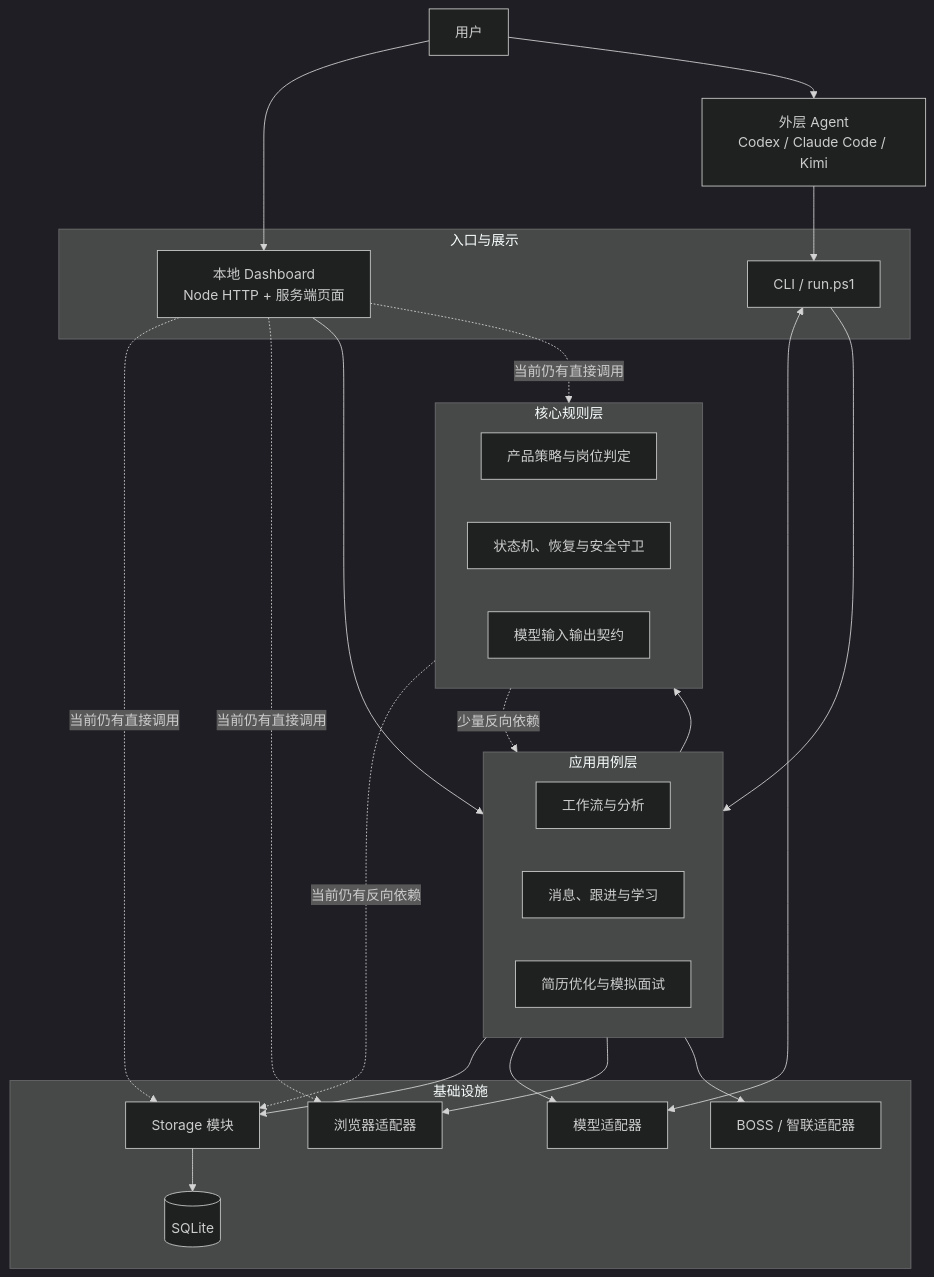
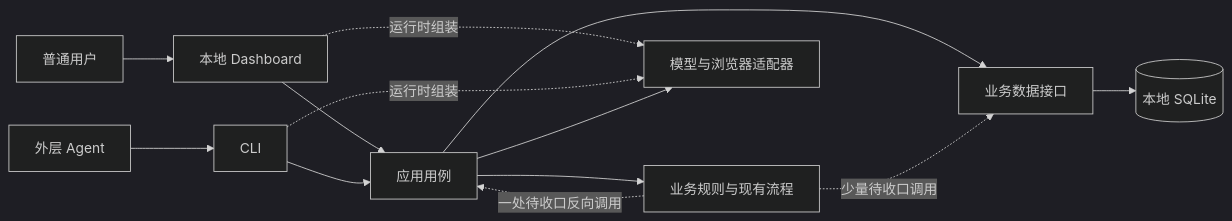
One commit to daydreamer0213/OfferGo changed the diagram in docs/architecture.md. Above: the diagram before and after it, drawn with Mermaid (dark theme). The commit also changed other lines of this file and 2 other files, not shown here.

Commit message:
docs: refresh architecture baseline and scope boundary plan

````diff
--- a/docs/architecture.md
+++ b/docs/architecture.md
@@ -40,49 +9,15 @@
 ```mermaid
-flowchart TB
-    U[用户]
-    A[外层 Agent<br/>Codex / Claude Code / Kimi]
-
-    subgraph Entry[入口与展示]
-      D[本地 Dashboard<br/>Node HTTP + 服务端页面]
-      C[CLI / run.ps1]
-    end
-
-    subgraph App[应用用例层]
-      W[工作流与分析]
-      M[消息、跟进与学习]
-      R[简历优化与模拟面试]
-    end
-
-    subgraph Domain[核心规则层]
-      P[产品策略与岗位判定]
-      S[状态机、恢复与安全守卫]
-      K[模型输入输出契约]
-    end
-
-    subgraph Infra[基础设施]
-      DB[(SQLite)]
-      ST[Storage 模块]
-      MA[模型适配器]
-      BA[浏览器适配器]
-      SA[BOSS / 智联适配器]
-    end
-
-    U --> D
-    U --> A
-    A --> C
-    D --> App
-    C --> App
-    App --> Domain
-    App --> ST
-    ST --> DB
-    App --> MA
-    App --> BA
-    App --> SA
-    C <--> MA
-
-    D -. 当前仍有直接调用 .-> Domain
-    D -. 当前仍有直接调用 .-> ST
-    D -. 当前仍有直接调用 .-> BA
-    Domain -. 当前仍有反向依赖 .-> ST
-    Domain -. 少量反向依赖 .-> App
+flowchart LR
+  U[普通用户] --> D[本地 Dashboard]
+  A[外层 Agent] --> C[CLI]
+  D --> AP[应用用例]
+  C --> AP
+  AP --> CO[业务规则与现有流程]
+  AP --> ST[业务数据接口]
+  ST --> DB[(本地 SQLite)]
+  D -.运行时组装.-> AD[模型与浏览器适配器]
+  C -.运行时组装.-> AD
+  AP --> AD
+  CO -.少量待收口调用.-> ST
+  CO -.一处待收口反向调用.-> AP
 ```
````
